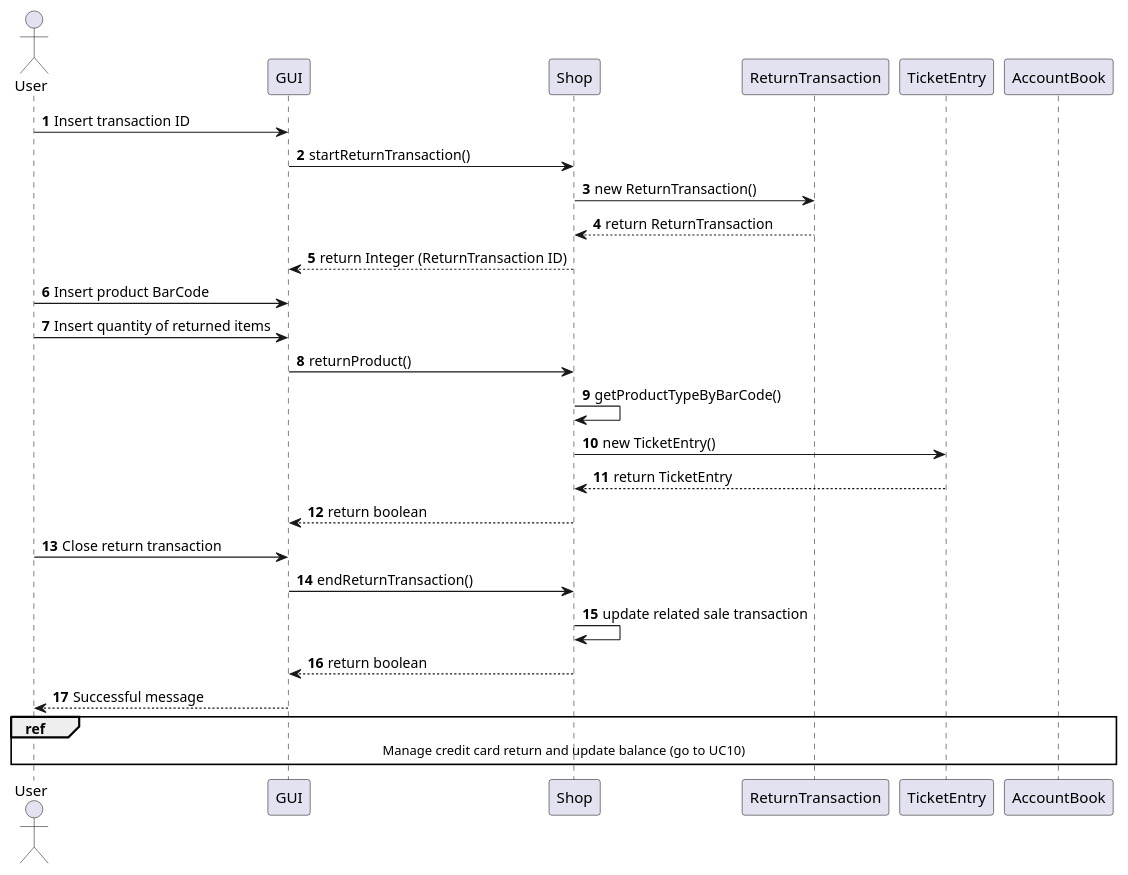
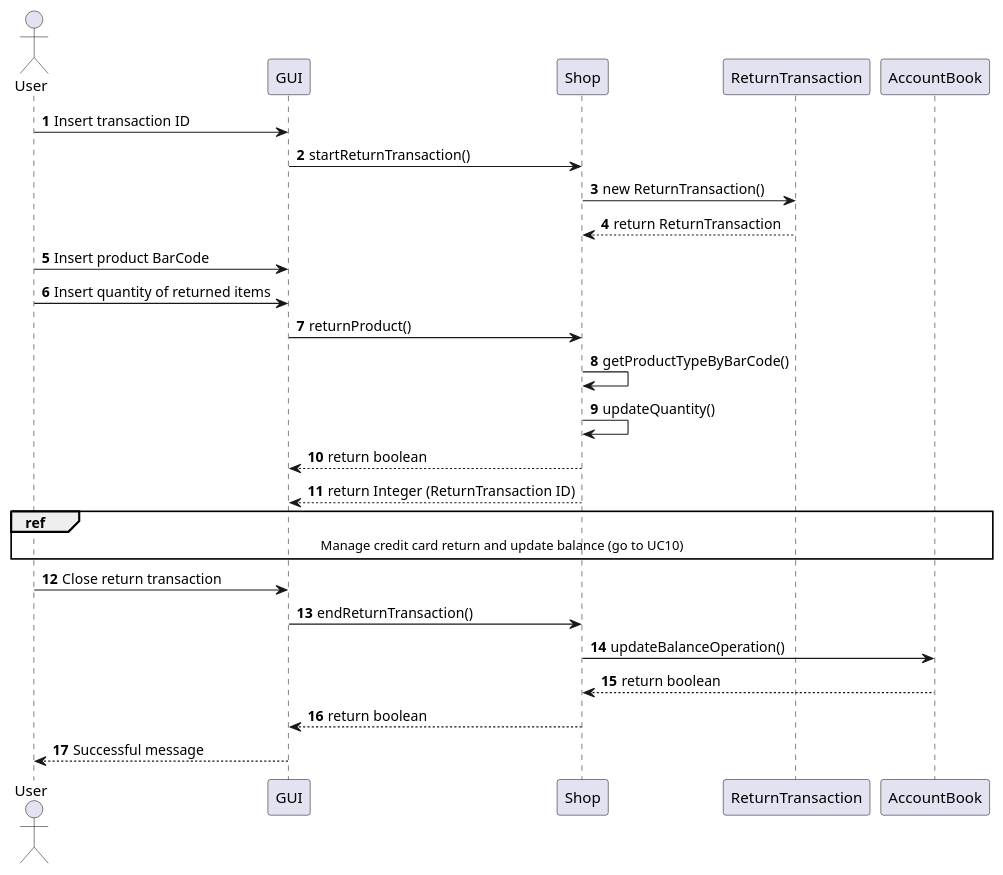
Diagram 20 of 23 in Deliverables/DesignDocument.md (Stormz4/group20-EzShop), drawn with PlantUML before and after one commit. The commit also changed other lines of this file, not shown here.

````diff
--- a/Deliverables/DesignDocument.md
+++ b/Deliverables/DesignDocument.md
@@ -731,26 +648,26 @@
 ```plantuml
 @startuml
 Actor User
 autonumber
 User -> GUI: Insert transaction ID
 GUI -> Shop: startReturnTransaction()
 Shop -> ReturnTransaction: new ReturnTransaction()
 ReturnTransaction --> Shop: return ReturnTransaction
-Shop --> GUI: return Integer (ReturnTransaction ID)
 User -> GUI: Insert product BarCode
 User -> GUI: Insert quantity of returned items
 GUI -> Shop: returnProduct()
 Shop -> Shop: getProductTypeByBarCode()
-Shop -> TicketEntry: new TicketEntry()
-TicketEntry --> Shop: return TicketEntry
+Shop -> Shop : updateQuantity()
 Shop --> GUI: return boolean
-User -> GUI: Close return transaction
-GUI -> Shop: endReturnTransaction()
-Shop -> Shop: update related sale transaction
-Shop --> GUI: return boolean
-GUI --> User: Successful message
+Shop --> GUI: return Integer (ReturnTransaction ID)
 ref over GUI, User, Shop, AccountBook
 Manage credit card return and update balance (go to UC10)
 end ref
+User -> GUI: Close return transaction
+GUI -> Shop: endReturnTransaction()
+Shop -> AccountBook: updateBalanceOperation()
+AccountBook --> Shop: return boolean
+Shop --> GUI: return boolean
+GUI --> User: Successful message
 @enduml
 ```
````
